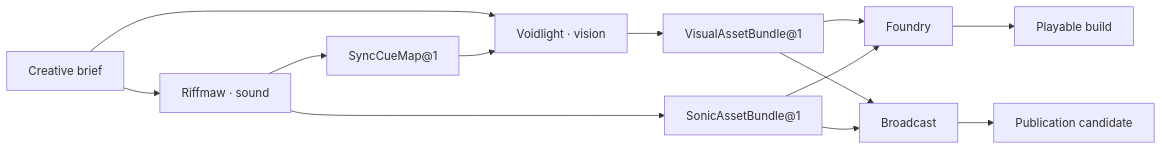
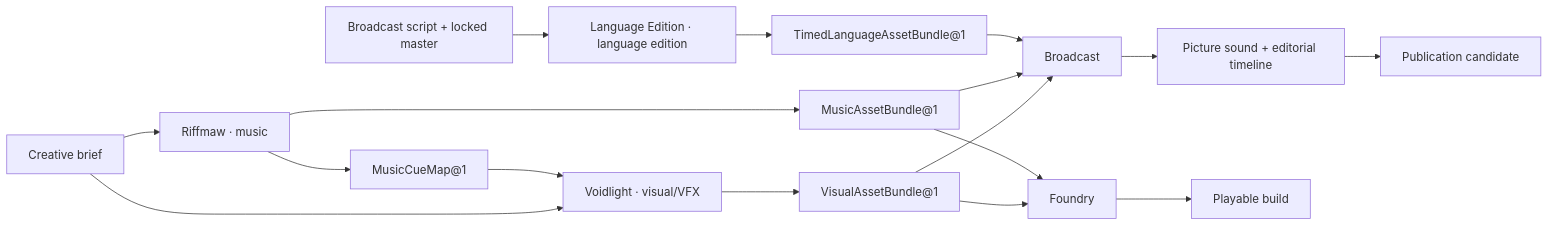
One commit to hexanomicon/lychd changed the diagram in docs/compositions/index.md. Above: the diagram before and after it, drawn with Mermaid. The commit also changed other lines of this file and 90 other files, not shown here.

````diff
--- a/docs/compositions/index.md
+++ b/docs/compositions/index.md
@@ -177,15 +208,19 @@
 ```mermaid
 flowchart LR
-    B["Creative brief"] --> V["Voidlight · vision"]
-    B --> R["Riffmaw · sound"]
-    R --> S["SonicAssetBundle@1"]
-    R --> C["SyncCueMap@1"]
+    B["Creative brief"] --> V["Voidlight · visual/VFX"]
+    B --> R["Riffmaw · music"]
+    BS["Broadcast script + locked master"] --> D["Language Edition · language edition"]
+    R --> S["MusicAssetBundle@1"]
+    R --> C["MusicCueMap@1"]
     C --> V
     V --> A["VisualAssetBundle@1"]
+    D --> L["TimedLanguageAssetBundle@1"]
     A --> G["Foundry"]
     S --> G
     A --> P["Broadcast"]
     S --> P
+    L --> P
+    P --> PS["Picture sound + editorial timeline"]
     G --> GB["Playable build"]
-    P --> PC["Publication candidate"]
+    PS --> PC["Publication candidate"]
 ```
````
